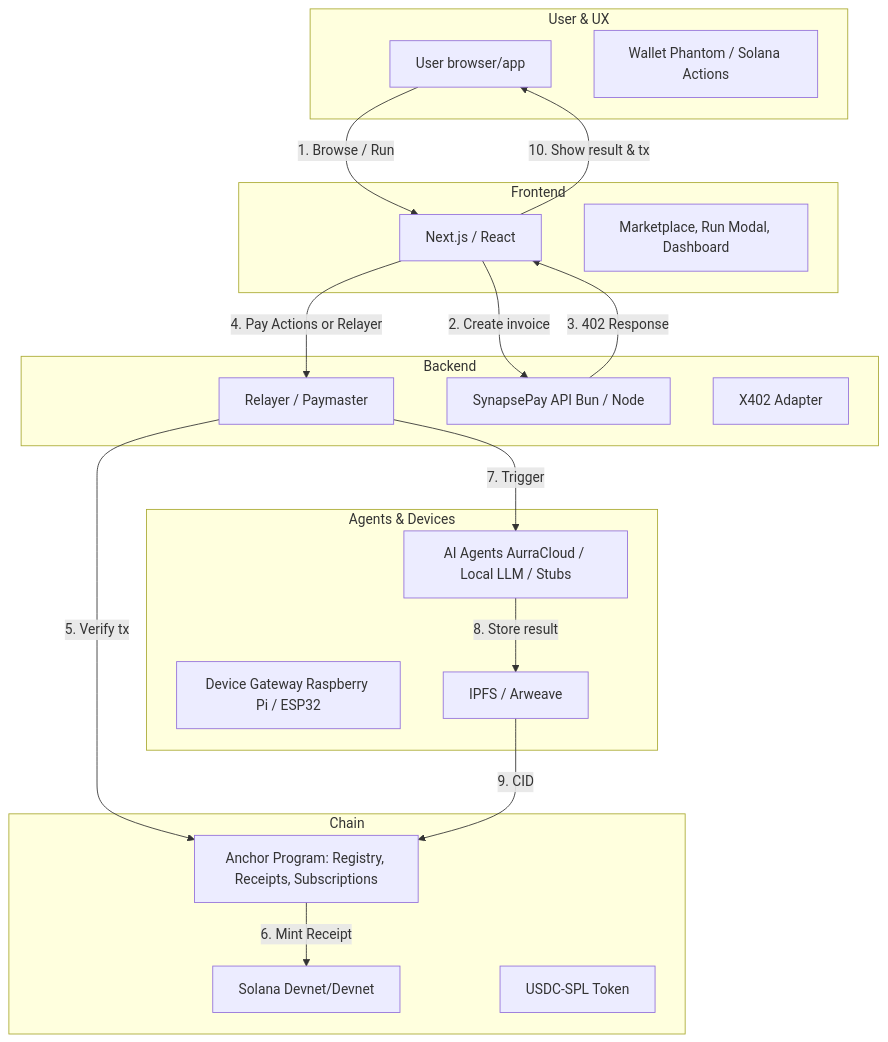
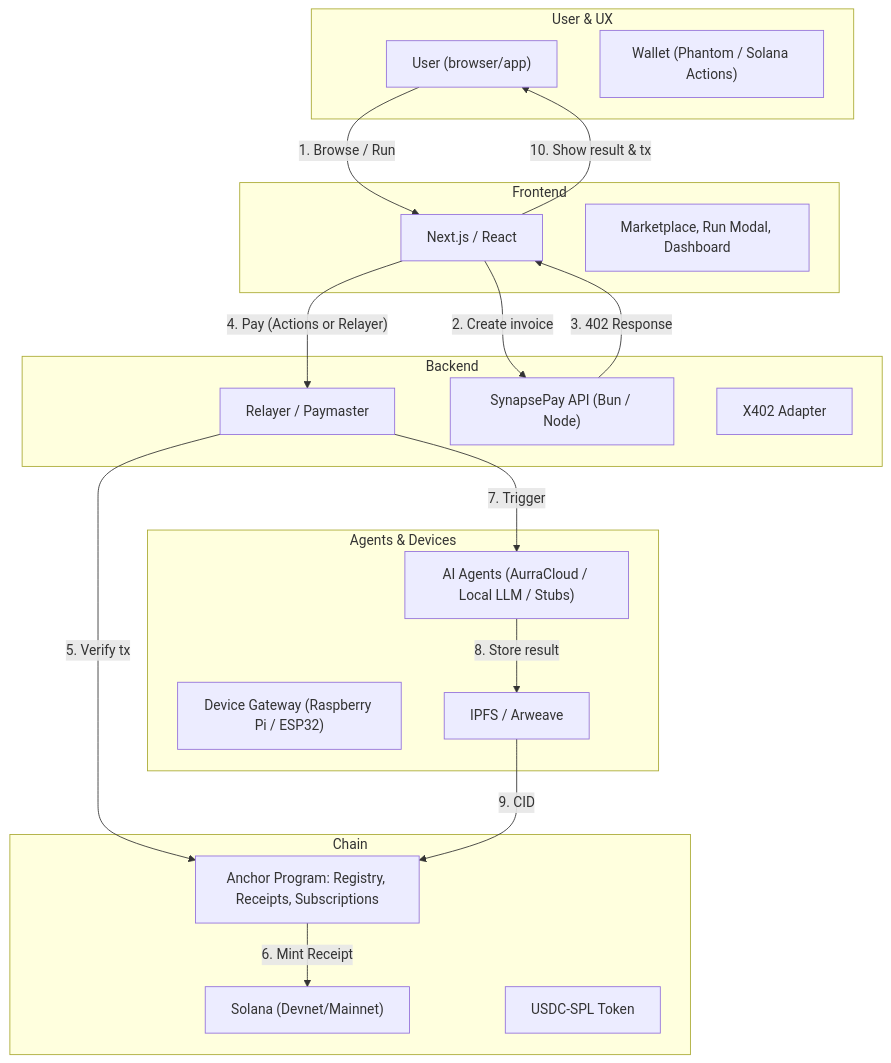
The diagram in README.md (samarabdelhameed/SynapsePay), drawn with Mermaid before and after one commit.

Commit message:
Fix mermaid diagram syntax for proper GitHub rendering

````diff
--- a/README.md
+++ b/README.md
@@ -46,41 +46,41 @@
 ```mermaid
 graph TB
-    subgraph User["User & UX"]
-        U[User browser/app]
-        Wallet[Wallet Phantom / Solana Actions]
+    subgraph UserUX["User & UX"]
+        U["User (browser/app)"]
+        Wallet["Wallet (Phantom / Solana Actions)"]
     end
 
     subgraph Frontend
-        Web[Next.js / React]
-        UI[Marketplace, Run Modal, Dashboard]
+        Web["Next.js / React"]
+        UI["Marketplace, Run Modal, Dashboard"]
     end
 
     subgraph Backend
-        Relayer[Relayer / Paymaster]
-        API[SynapsePay API Bun / Node]
-        X402Adapter[X402 Adapter]
+        Relayer["Relayer / Paymaster"]
+        API["SynapsePay API (Bun / Node)"]
+        X402["X402 Adapter"]
     end
 
     subgraph Chain
-        Solana[Solana Devnet/Devnet]
-        Anchor[Anchor Program: Registry, Receipts, Subscriptions]
-        USDC[USDC-SPL Token]
+        Solana["Solana (Devnet/Mainnet)"]
+        Anchor["Anchor Program: Registry, Receipts, Subscriptions"]
+        USDC["USDC-SPL Token"]
     end
 
     subgraph AgentsDevices["Agents & Devices"]
-        Agents[AI Agents AurraCloud / Local LLM / Stubs]
-        Devices[Device Gateway Raspberry Pi / ESP32]
-        Storage[IPFS / Arweave]
+        Agents["AI Agents (AurraCloud / Local LLM / Stubs)"]
+        Devices["Device Gateway (Raspberry Pi / ESP32)"]
+        Storage["IPFS / Arweave"]
     end
 
-    U -->|1. Browse / Run| Web
-    Web -->|2. Create invoice| API
-    API -->|3. 402 Response| Web
-    Web -->|4. Pay Actions or Relayer| Relayer
-    Relayer -->|5. Verify tx| Anchor
-    Anchor -->|6. Mint Receipt| Solana
-    Relayer -->|7. Trigger| Agents
-    Agents -->|8. Store result| Storage
-    Storage -->|9. CID| Anchor
-    Web -->|10. Show result & tx| U
+    U -->|"1. Browse / Run"| Web
+    Web -->|"2. Create invoice"| API
+    API -->|"3. 402 Response"| Web
+    Web -->|"4. Pay (Actions or Relayer)"| Relayer
+    Relayer -->|"5. Verify tx"| Anchor
+    Anchor -->|"6. Mint Receipt"| Solana
+    Relayer -->|"7. Trigger"| Agents
+    Agents -->|"8. Store result"| Storage
+    Storage -->|"9. CID"| Anchor
+    Web -->|"10. Show result & tx"| U
 ```
````
